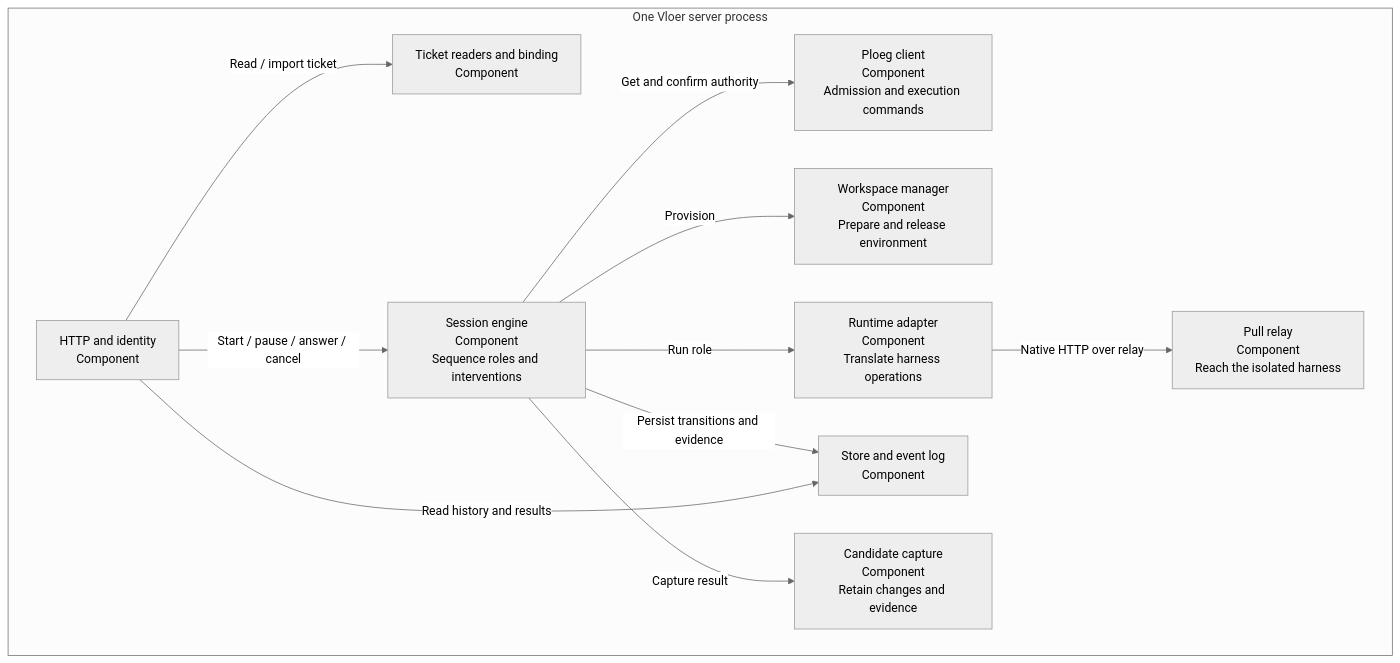
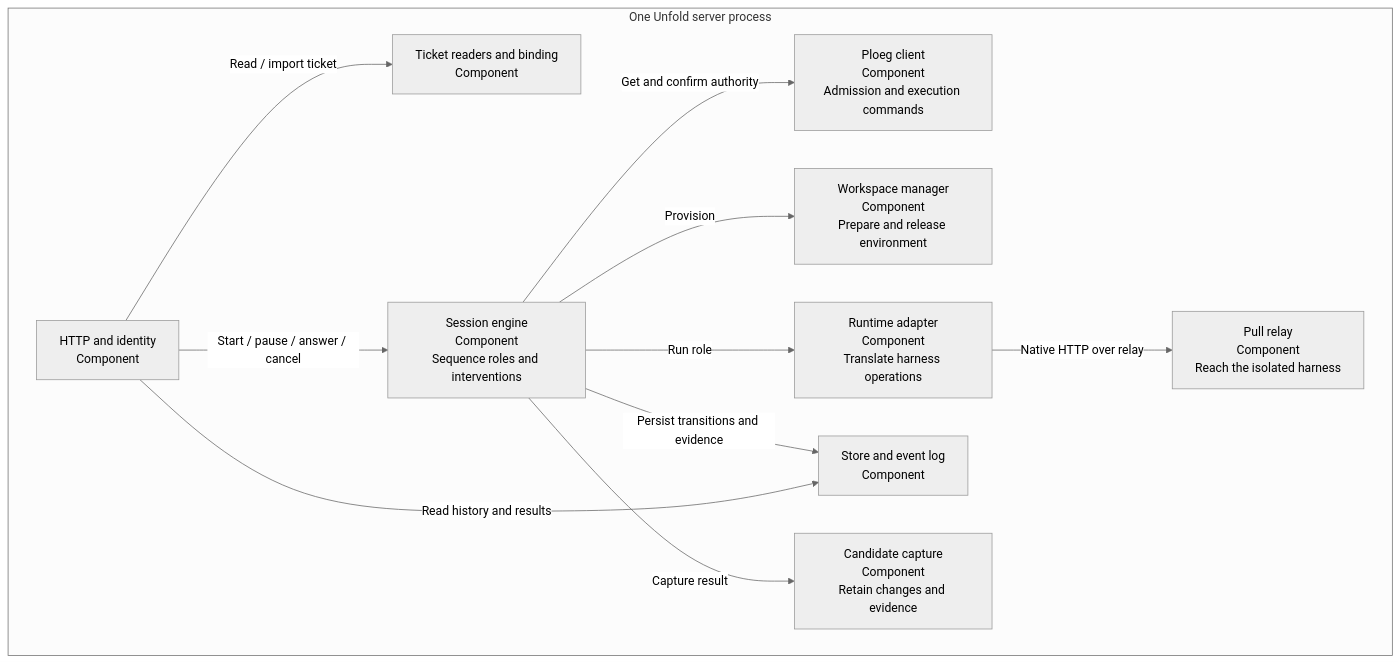
The sixth of 14 diagrams in docs/landscape/c4.md (webgrip/unfold), drawn with Mermaid (neutral theme) before and after one commit. The commit also changed other lines of this file and 1136 other files, not shown here.

````diff
--- a/docs/landscape/c4.md
+++ b/docs/landscape/c4.md
@@ -147,23 +147,23 @@
 ```mermaid
 flowchart TB
-    subgraph nodeprocess["One Vloer server process"]
+    subgraph nodeprocess["One Unfold server process"]
         http["HTTP and identity<br/>Component"]
         tasks["Ticket readers and binding<br/>Component"]
         engine["Session engine<br/>Component<br/>Sequence roles and interventions"]
         authority["Ploeg client<br/>Component<br/>Admission and execution commands"]
         runtime["Runtime adapter<br/>Component<br/>Translate harness operations"]
         workspace["Workspace manager<br/>Component<br/>Prepare and release environment"]
         relay["Pull relay<br/>Component<br/>Reach the isolated harness"]
         store["Store and event log<br/>Component"]
         results["Candidate capture<br/>Component<br/>Retain changes and evidence"]
     end
     http -->|Read / import ticket| tasks
     http -->|Start / pause / answer / cancel| engine
     engine -->|Get and confirm authority| authority
     engine -->|Provision| workspace
     engine -->|Run role| runtime
     runtime -->|Native HTTP over relay| relay
     engine -->|Persist transitions and evidence| store
     engine -->|Capture result| results
     http -->|Read history and results| store
 ```
````
